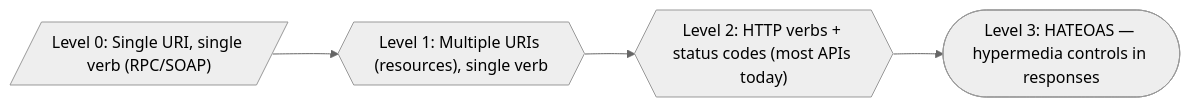
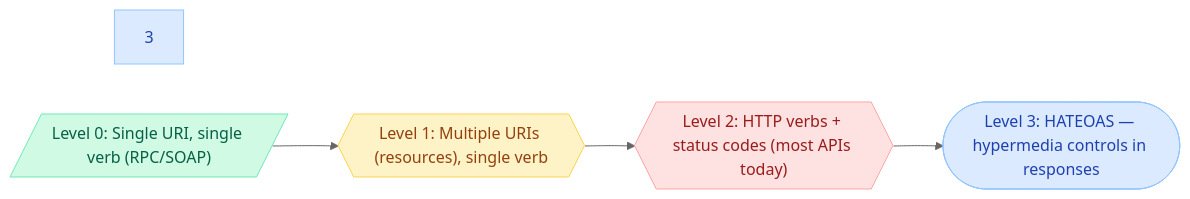
Before and after one commit to saivamsikaruturi/vamsilabs-dev-notes-main: the second of 3 diagrams in docs/springboot/restapibestpractices.md, drawn with Mermaid (neutral theme). The commit also changed other lines of this file and 220 other files, not shown here.

First line of the commit message:
Add 50+ new Java/Spring Boot pages, rewrite CSS code blocks to Oracle style, fix all diagram colors

````diff
--- a/docs/springboot/restapibestpractices.md
+++ b/docs/springboot/restapibestpractices.md
@@ -23,8 +34,14 @@
 ```mermaid
 flowchart LR
     L0[/"Level 0: Single URI, single verb (RPC/SOAP)"/]
     L1{{"Level 1: Multiple URIs (resources), single verb"}}
     L2{{"Level 2: HTTP verbs + status codes (most APIs today)"}}
     L3(["Level 3: HATEOAS — hypermedia controls in responses"])
     L0 --> L1 --> L2 --> L3
+
+    style 3 fill:#DBEAFE,stroke:#93C5FD,color:#1E40AF
+    style L0 fill:#D1FAE5,stroke:#6EE7B7,color:#065F46
+    style L1 fill:#FEF3C7,stroke:#FCD34D,color:#92400E
+    style L2 fill:#FEE2E2,stroke:#FCA5A5,color:#991B1B
+    style L3 fill:#DBEAFE,stroke:#93C5FD,color:#1E40AF
 ```
````
